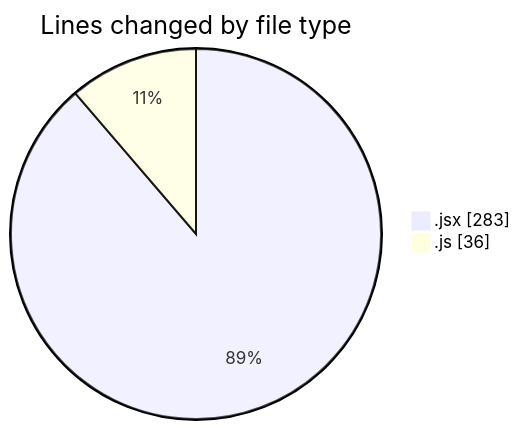
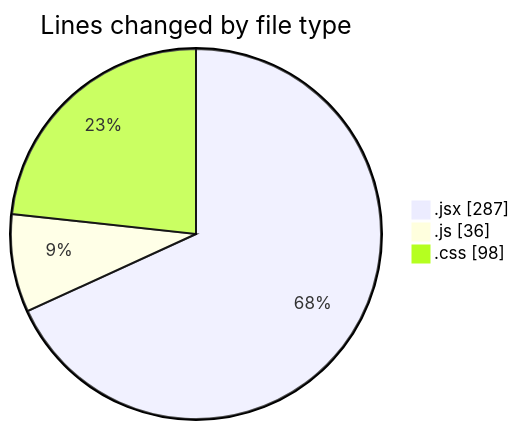
The first of 2 diagrams in 2025-03-09/elitesgpt/README.md (Elitesun/code-tracking), drawn with Mermaid before and after one commit. The commit also changed other lines of this file and 1 other file, not shown here.

````diff
--- a/2025-03-09/elitesgpt/README.md
+++ b/2025-03-09/elitesgpt/README.md
@@ -24,6 +25,7 @@
 ```mermaid
 pie showData
 title Lines changed by file type
-".jsx" : 283
+".jsx" : 287
 ".js" : 36
+".css" : 98
 ```
````
